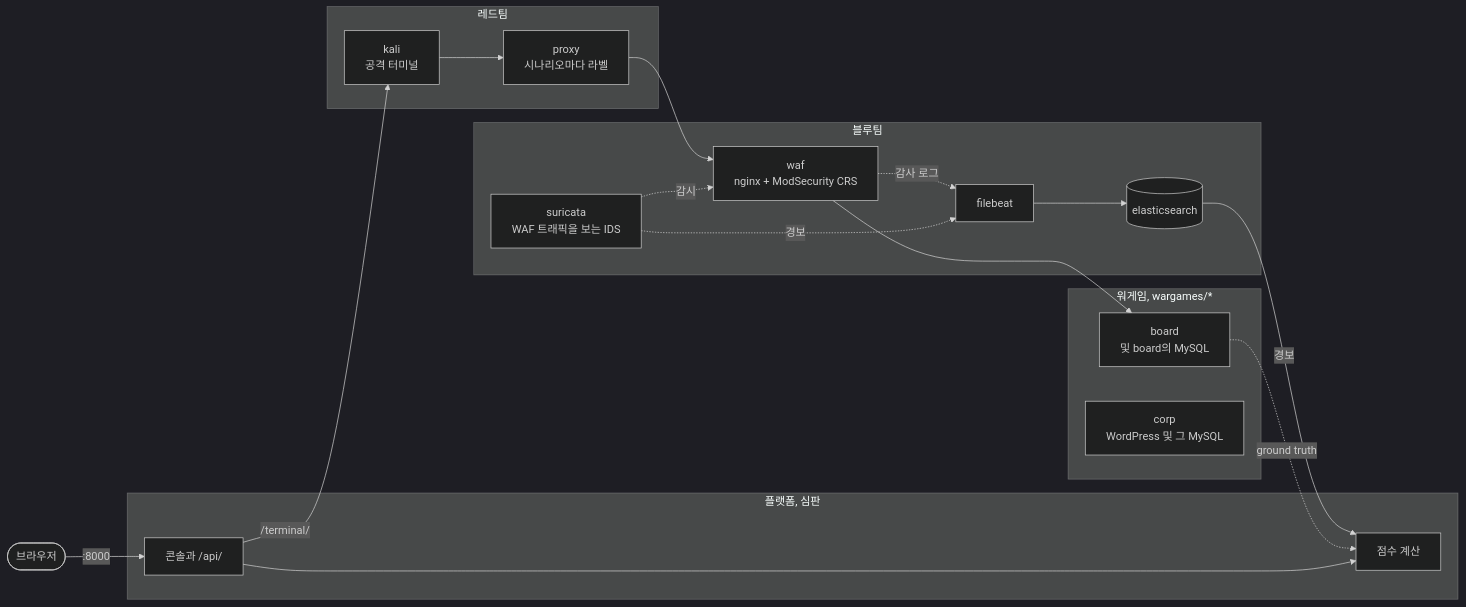
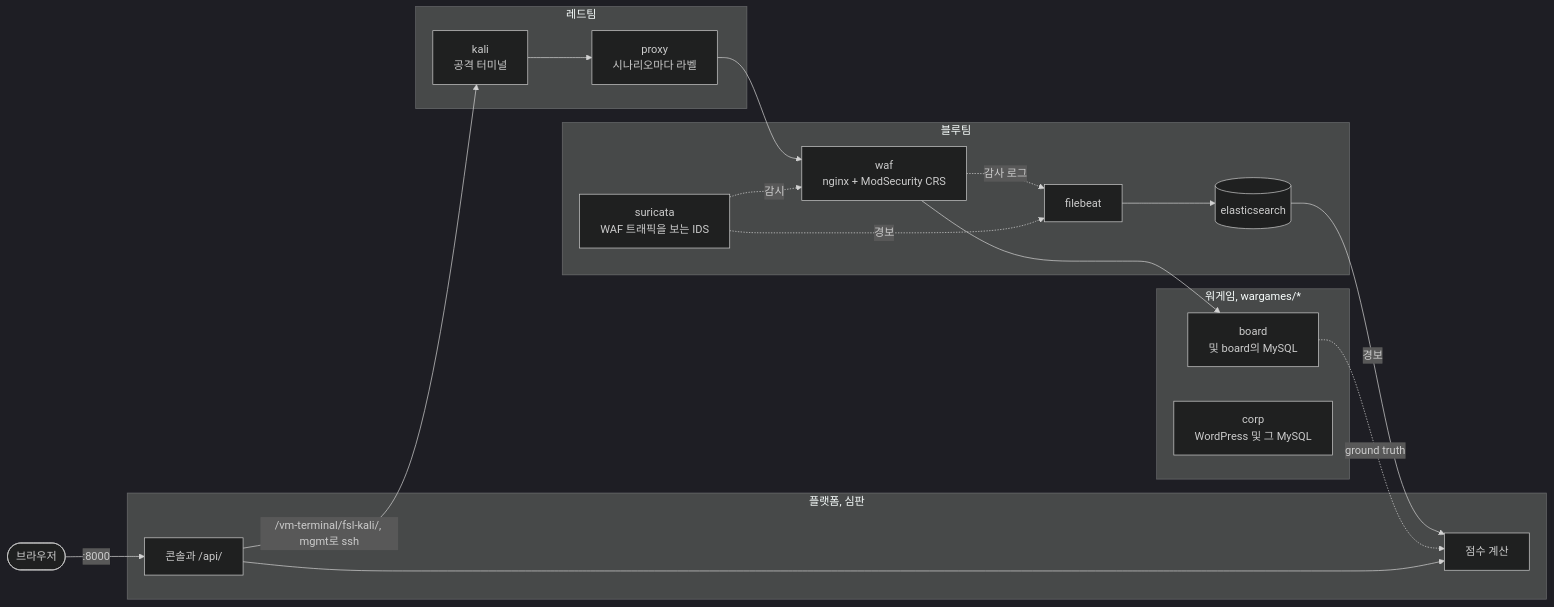
Before and after one commit to Nekonic/fsl-project-mvp: the second of 2 diagrams in README.ko.md, drawn with Mermaid (dark theme). The commit also changed other lines of this file and 12 other files, not shown here.

````diff
--- a/README.ko.md
+++ b/README.ko.md
@@ -48,39 +49,39 @@
 ```mermaid
 flowchart LR
   person(["브라우저"])
 
   subgraph red["레드팀"]
     kali["kali<br/>공격 터미널"]
     proxy["proxy<br/>시나리오마다 라벨"]
   end
 
   subgraph blue["블루팀"]
     waf["waf<br/>nginx + ModSecurity CRS"]
     suricata["suricata<br/>WAF 트래픽을 보는 IDS"]
     filebeat["filebeat"]
     es[("elasticsearch")]
   end
 
   subgraph wargames["워게임, wargames/*"]
     board["board<br/>및 board의 MySQL"]
     corp["corp<br/>WordPress 및 그 MySQL"]
   end
 
   subgraph platform["플랫폼, 심판"]
     console["콘솔과 /api/"]
     scoring["점수 계산"]
   end
 
   person -->|":8000"| console
-  console -->|"/terminal/"| kali
+  console -->|"/vm-terminal/fsl-kali/, mgmt로 ssh"| kali
   kali --> proxy
   proxy --> waf
   waf --> board
   suricata -.->|감시| waf
   waf -.->|감사 로그| filebeat
   suricata -.->|경보| filebeat
   filebeat --> es
   es -->|경보| scoring
   board -.->|ground truth| scoring
   console --> scoring
 ```
````
